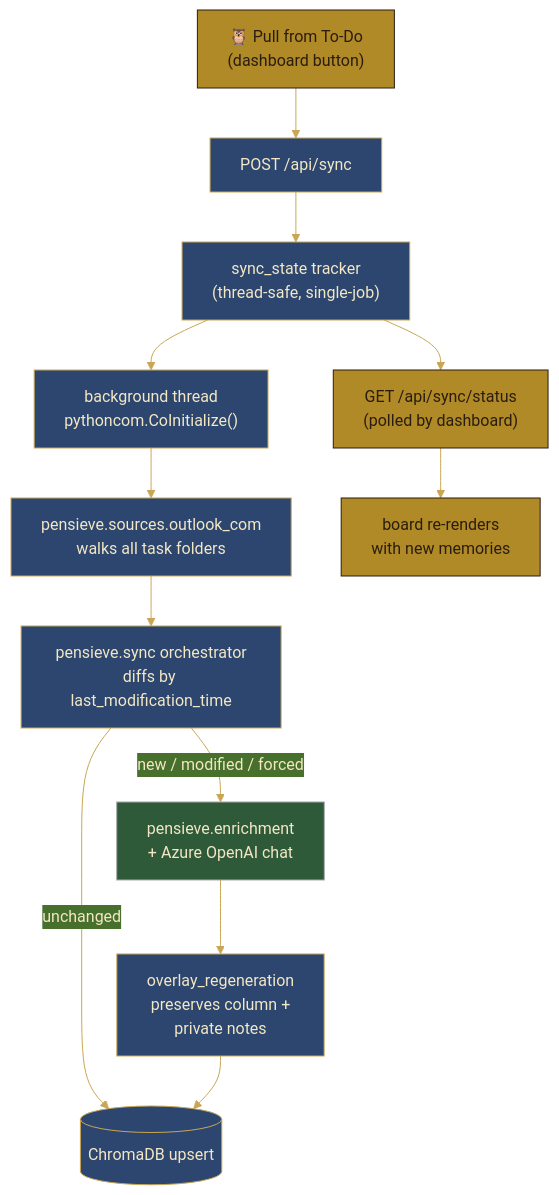
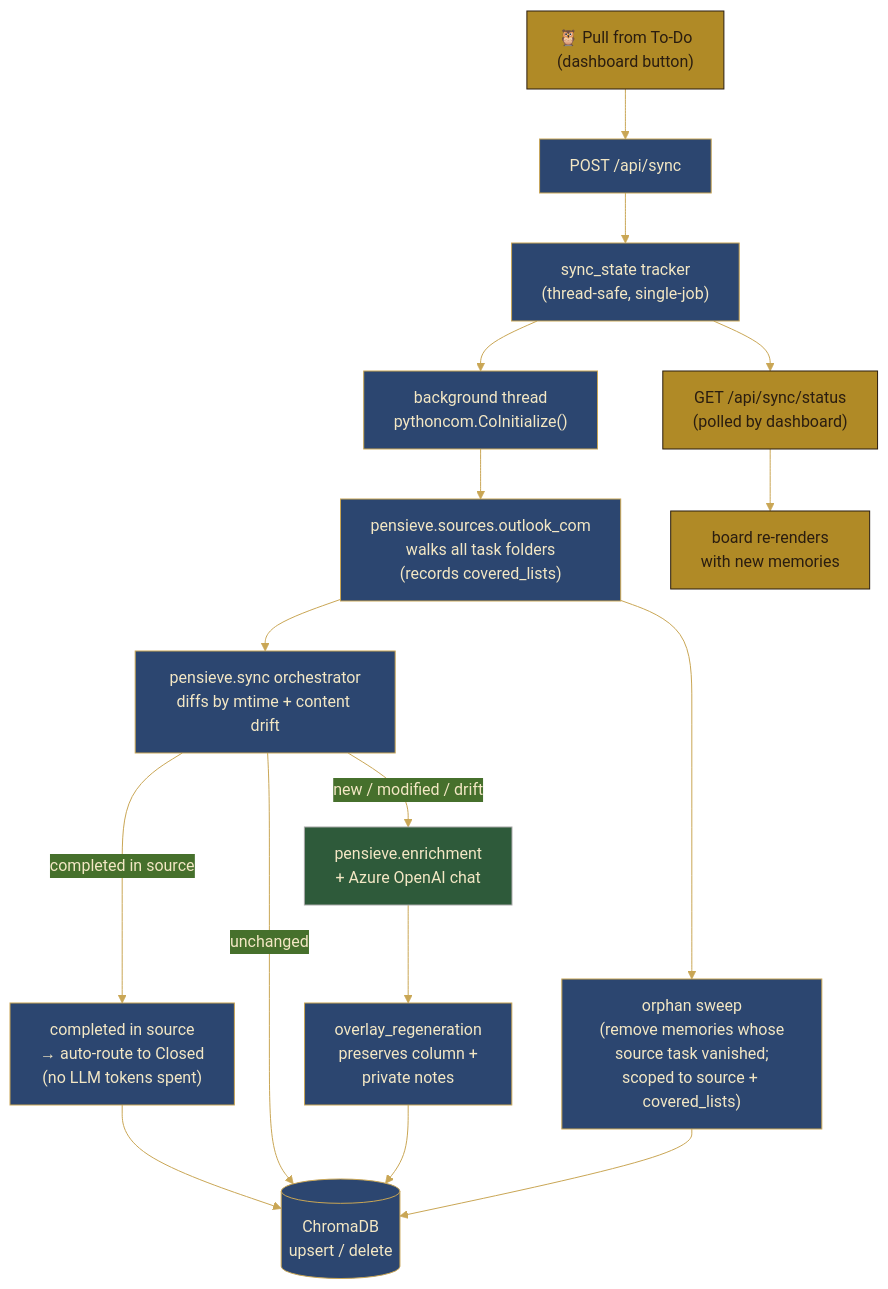
The second of 3 diagrams in README.md (andy-herman/pensieve), drawn with Mermaid before and after one commit. The commit also changed other lines of this file and 5 other files, not shown here.

````diff
--- a/README.md
+++ b/README.md
@@ -185,29 +185,33 @@
 ```mermaid
 %%{init: {'theme':'base','themeVariables':{'primaryColor':'#2c4670','primaryTextColor':'#f3e7c4','primaryBorderColor':'#c9a655','lineColor':'#c9a655','fontFamily':'Cinzel, Georgia, serif'}}}%%
 flowchart TD
     HEDWIG["🦉 Pull from To-Do<br/>(dashboard button)"]
     POST["POST /api/sync"]
     TRACKER["sync_state tracker<br/>(thread-safe, single-job)"]
     THREAD["background thread<br/>pythoncom.CoInitialize()"]
-    SRC["pensieve.sources.outlook_com<br/>walks all task folders"]
-    ORCH["pensieve.sync orchestrator<br/>diffs by last_modification_time"]
+    SRC["pensieve.sources.outlook_com<br/>walks all task folders<br/>(records covered_lists)"]
+    ORCH["pensieve.sync orchestrator<br/>diffs by mtime + content drift"]
+    AUTOCLOSE["completed in source<br/>→ auto-route to Closed<br/>(no LLM tokens spent)"]
     ENRICH["pensieve.enrichment<br/>+ Azure OpenAI chat"]
     OVERLAY["overlay_regeneration<br/>preserves column +<br/>private notes"]
-    CHROMA[("ChromaDB upsert")]
+    SWEEP["orphan sweep<br/>(remove memories whose<br/>source task vanished;<br/>scoped to source + covered_lists)"]
+    CHROMA[("ChromaDB<br/>upsert / delete")]
     POLL["GET /api/sync/status<br/>(polled by dashboard)"]
     REDRAW["board re-renders<br/>with new memories"]
 
     HEDWIG --> POST --> TRACKER --> THREAD
     THREAD --> SRC --> ORCH
-    ORCH -->|"new / modified / forced"| ENRICH
+    ORCH -->|"completed in source"| AUTOCLOSE --> CHROMA
+    ORCH -->|"new / modified / drift"| ENRICH
     ORCH -->|"unchanged"| CHROMA
     ENRICH --> OVERLAY --> CHROMA
+    SRC --> SWEEP --> CHROMA
     TRACKER --> POLL --> REDRAW
 
     classDef hufflepuff fill:#b08a26,stroke:#2a1d10,color:#2a1d10
     classDef ravenclaw  fill:#2c4670,stroke:#c9a655,color:#f3e7c4
     classDef slytherin  fill:#2e5a3a,stroke:#a8a8a8,color:#f3e7c4
     class HEDWIG,REDRAW,POLL hufflepuff
-    class POST,TRACKER,THREAD,SRC,ORCH,OVERLAY,CHROMA ravenclaw
+    class POST,TRACKER,THREAD,SRC,ORCH,AUTOCLOSE,OVERLAY,SWEEP,CHROMA ravenclaw
     class ENRICH slytherin
 ```
````
